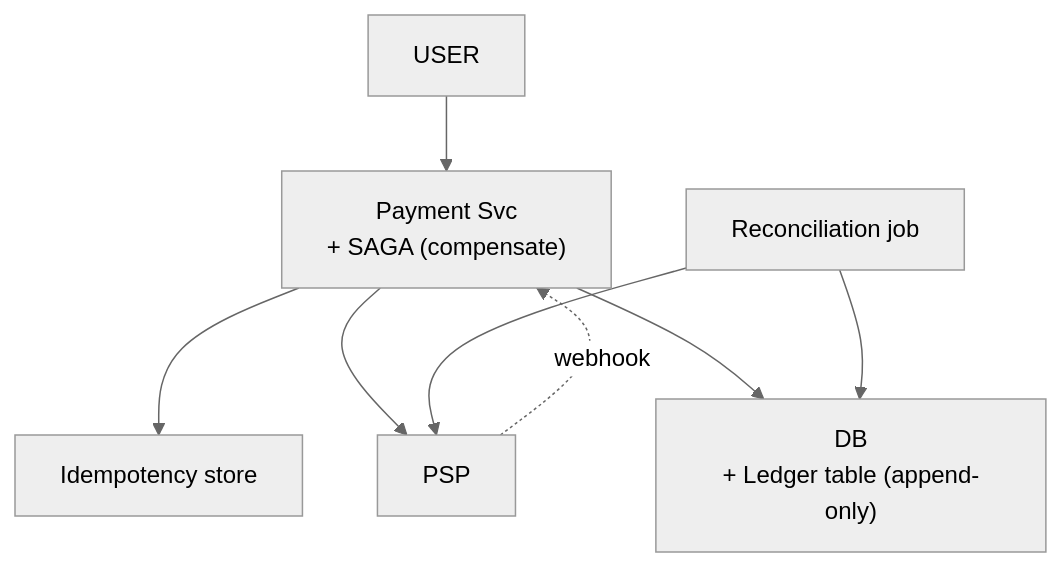
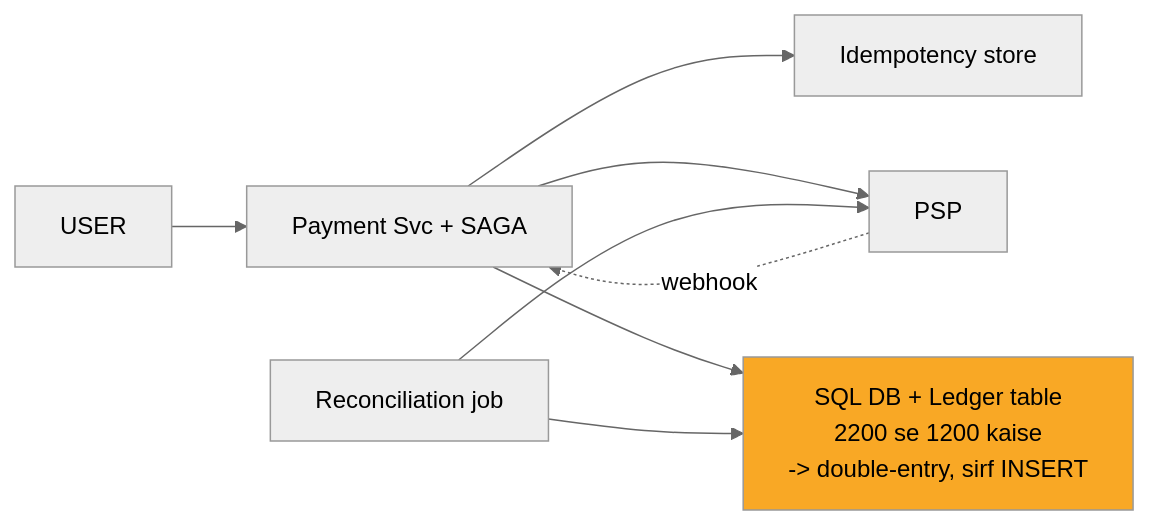
Before and after one commit to ArpanMaheshwari144/Prep: the eighth of 12 diagrams in 04_HLD/SYSTEM_DESIGNS/06_payment_system/06_payment_system.md, drawn with Mermaid (neutral theme). The commit also changed other lines of this file and 2 other files, not shown here.

Commit message:
notification, payment, file upload: one-day story, short cards, follow-ups with rules, highlighted diagrams

````diff
--- a/04_HLD/SYSTEM_DESIGNS/06_payment_system/06_payment_system.md
+++ b/04_HLD/SYSTEM_DESIGNS/06_payment_system/06_payment_system.md
@@ -288,16 +300,17 @@
 ```mermaid
-flowchart TD
+flowchart LR
     n_USER["USER"]
-    n_Payment_Svc["Payment Svc<br/>+ SAGA (compensate)"]
+    n_Payment_Svc["Payment Svc + SAGA"]
     n_Idempotency_store["Idempotency store"]
     n_PSP["PSP"]
-    n_DB["DB<br/>+ Ledger table (append-only)"]
+    n_DB["SQL DB + Ledger table<br/>2200 se 1200 kaise<br/>-> double-entry, sirf INSERT"]
     n_Reconciliation_job["Reconciliation job"]
     n_USER --> n_Payment_Svc
     n_Payment_Svc --> n_Idempotency_store
     n_Payment_Svc --> n_PSP
     n_Payment_Svc --> n_DB
     n_Reconciliation_job --> n_DB
     n_Reconciliation_job --> n_PSP
     n_PSP -.->|webhook| n_Payment_Svc
+    style n_DB fill:#f9a825,color:#000
 ```
````
